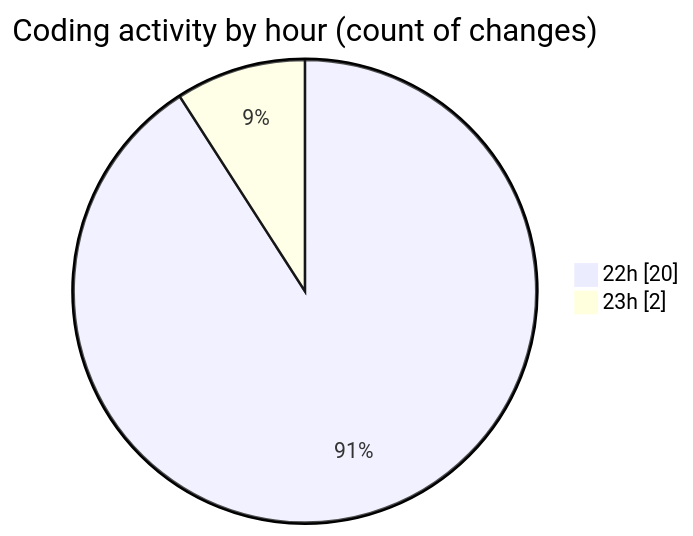
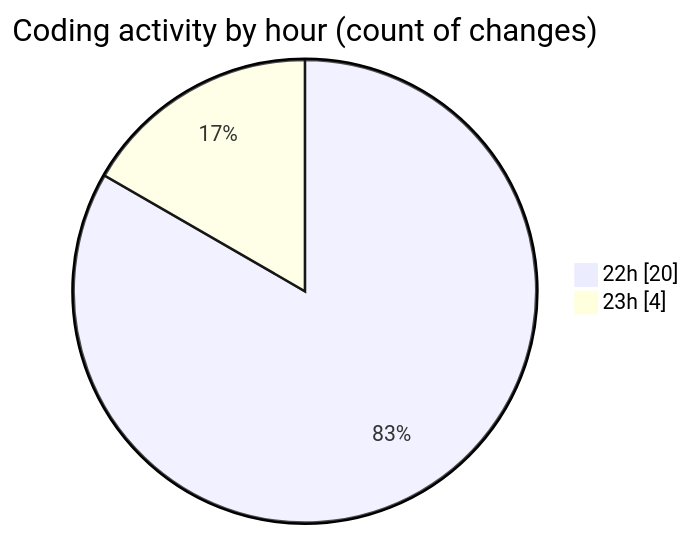
The second of 2 diagrams in 2025-06-06/androidsumapp/README.md (CELIANVF/code-tracking), drawn with Mermaid before and after one commit. The commit also changed other lines of this file and 1 other file, not shown here.

````diff
--- a/2025-06-06/androidsumapp/README.md
+++ b/2025-06-06/androidsumapp/README.md
@@ -33,6 +36,6 @@
 ```mermaid
 pie showData
 title Coding activity by hour (count of changes)
 "22h" : 20
-"23h" : 2
+"23h" : 4
 ```
````
